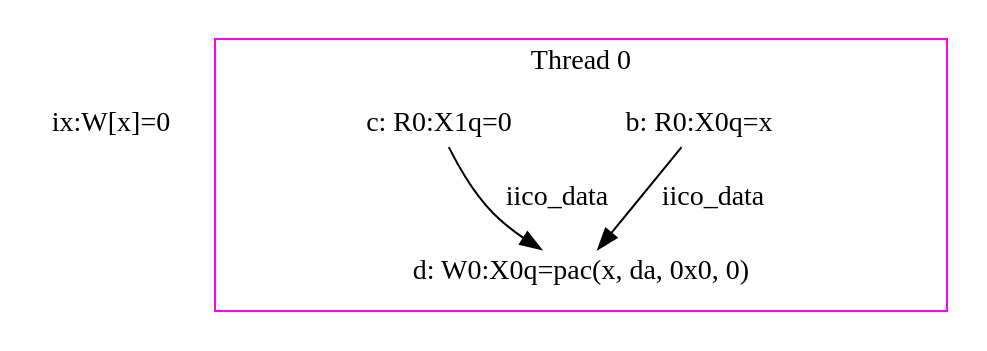
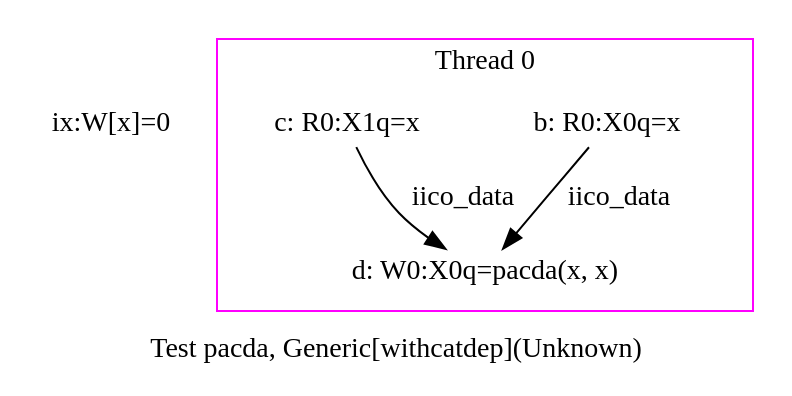
The diagram in pac_tests/notes/pacda.dot (herd/herdtools7), drawn with Graphviz before and after one commit. The commit also changed 3 other files, not shown here.

```diff
--- a/pac_tests/notes/pacda.dot
+++ b/pac_tests/notes/pacda.dot
@@ -1,10 +1,30 @@
 digraph G {
-    eiid0 [label="ix:W[x]=0", shape="none", fixedsize="false", height="0.194444", width="1.166667"];
-    subgraph cluster_proc0 { rank=sink; label = "Thread 0"; color=magenta; shape=box;
-        eiid1 [label="b: R0:X0q=x", shape="none", fixedsize="false", height="0.194444", width="1.555556"];
-        eiid2 [label="c: R0:X1q=0", shape="none", fixedsize="false", height="0.194444", width="1.555556"];
-        eiid3 [label="d: W0:X0q=pac(x, da, 0x0, 0)", shape="none", fixedsize="false", height="0.194444", width="4.861111"];
-    }
-    eiid1 -> eiid3 [label="iico_data", color="black", fontcolor="black"];
-    eiid2 -> eiid3 [label="iico_data", color="black", fontcolor="black"];
+
+
+/* legend */
+label="Test pacda, Generic[withcatdep](Unknown)";
+
+
+/* init events */
+eiid0 [label="ix:W[x]=0", shape="none", fixedsize="false", height="0.194444", width="1.166667"];
+
+/* the unlocked events */
+subgraph cluster_proc0 { rank=sink; label = "Thread 0"; color=magenta; shape=box;
+eiid1 [label="b: R0:X0q=x", shape="none", fixedsize="false", height="0.194444", width="1.555556"];
+eiid2 [label="c: R0:X1q=x", shape="none", fixedsize="false", height="0.194444", width="1.555556"];
+eiid3 [label="d: W0:X0q=pacda(x, x)", shape="none", fixedsize="false", height="0.194444", width="3.500000"];
 }
+
+/* the intra_causality_data edges */
+
+eiid1 -> eiid3 [label="iico_data", color="black", fontcolor="black"];
+eiid2 -> eiid3 [label="iico_data", color="black", fontcolor="black"];
+
+/* the intra_causality_control edges */
+
+/* the poi edges */
+/* the rfmap edges */
+
+
+/* The viewed-before edges */
+}
```
